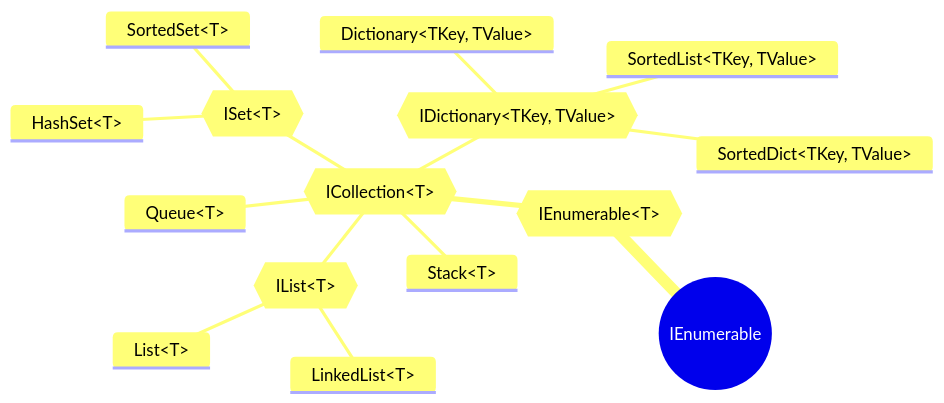
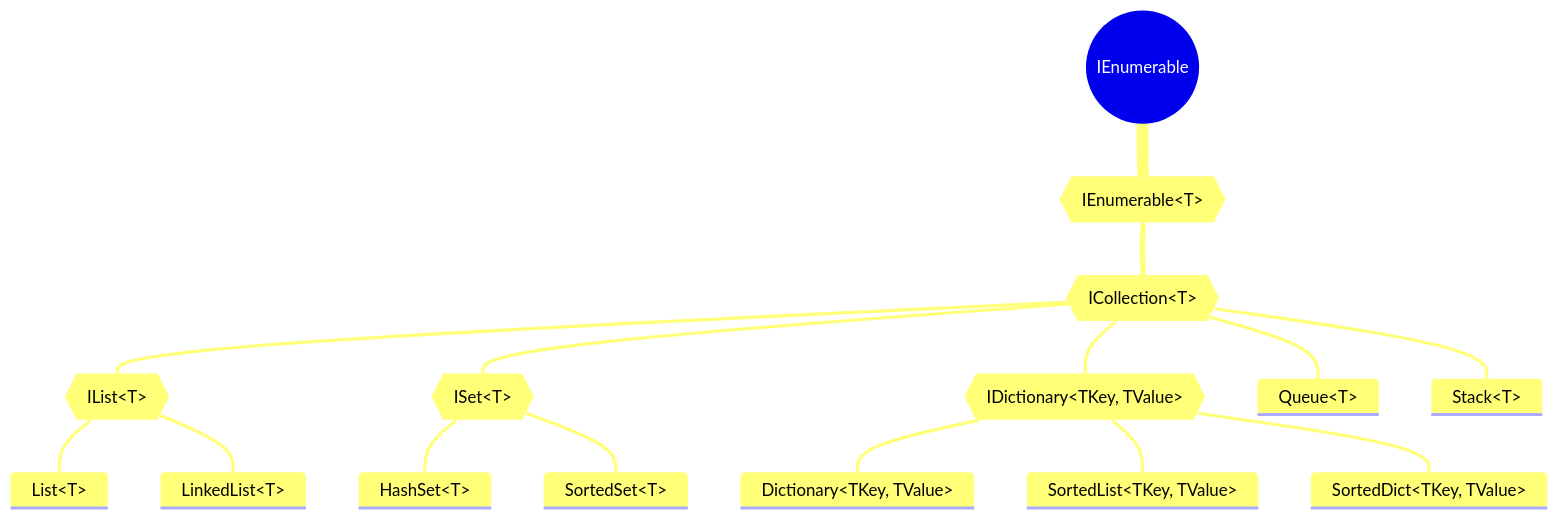
The diagram in content/_index.md (didattica-nm/heap-dsa), drawn with Mermaid before and after one commit. The commit also changed other lines of this file, not shown here.

Commit message:
changed layout of mindmap

````diff
--- a/content/_index.md
+++ b/content/_index.md
@@ -38,20 +41,25 @@
 ```mermaid
+---
+config:
+  layout: dagre
+  theme: light
+---
 
 mindmap
   root((IEnumerable))
     id{{IEnumerable&lt;T&gt;}}
       id{{ICollection&lt;T&gt;}}    
         id{{IList&lt;T&gt;}}
             List&lt;T&gt;
             LinkedList&lt;T&gt;
         id{{ISet&lt;T&gt;}}
             HashSet&lt;T&gt;
             SortedSet&lt;T&gt;
         id{{IDictionary&lt;TKey, TValue&gt;}}
             Dictionary&lt;TKey, TValue&gt;
             SortedList&lt;TKey, TValue&gt;
             SortedDict&lt;TKey, TValue&gt;
         Queue&lt;T&gt;
         Stack&lt;T&gt;
 
 ```
````
